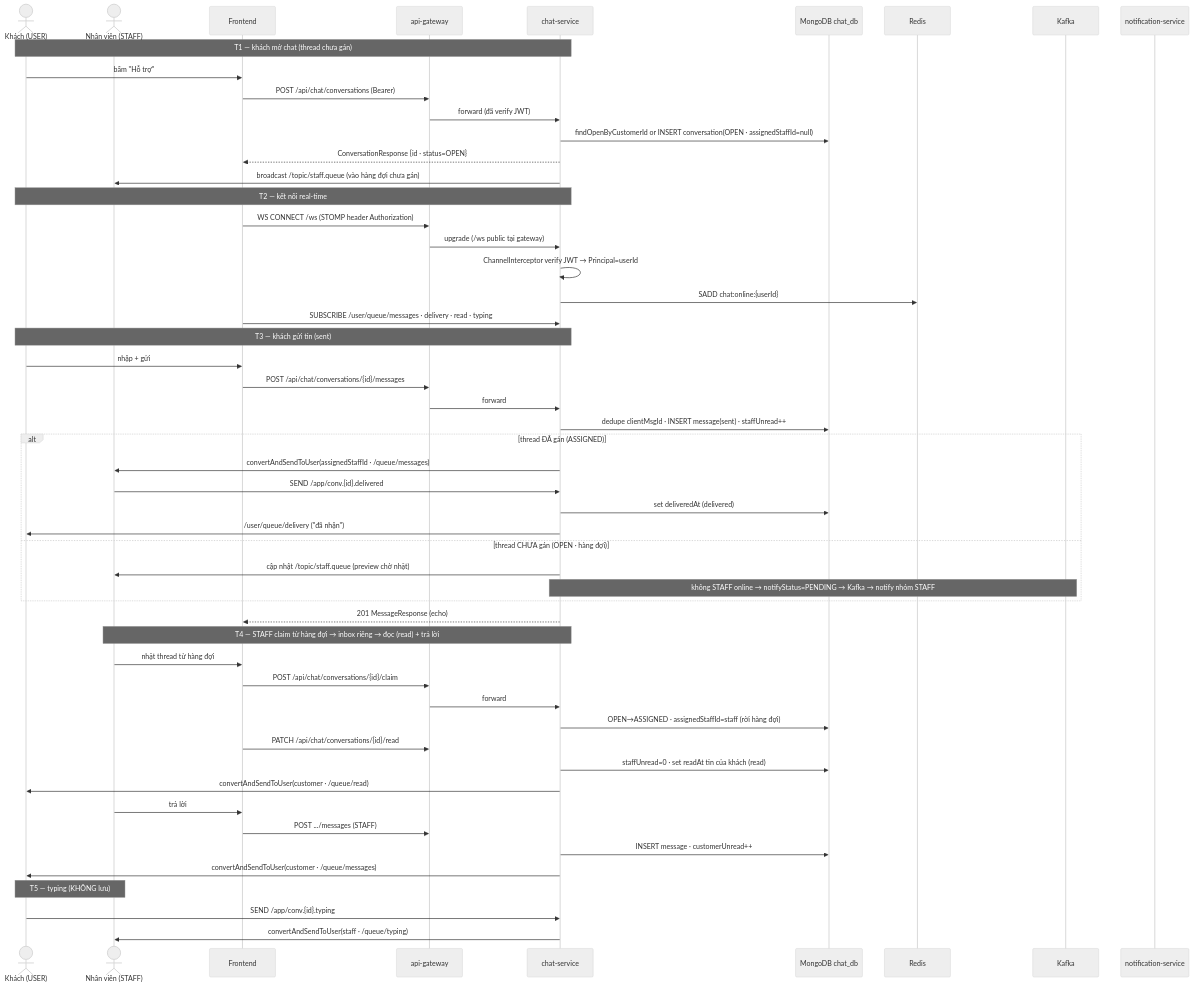
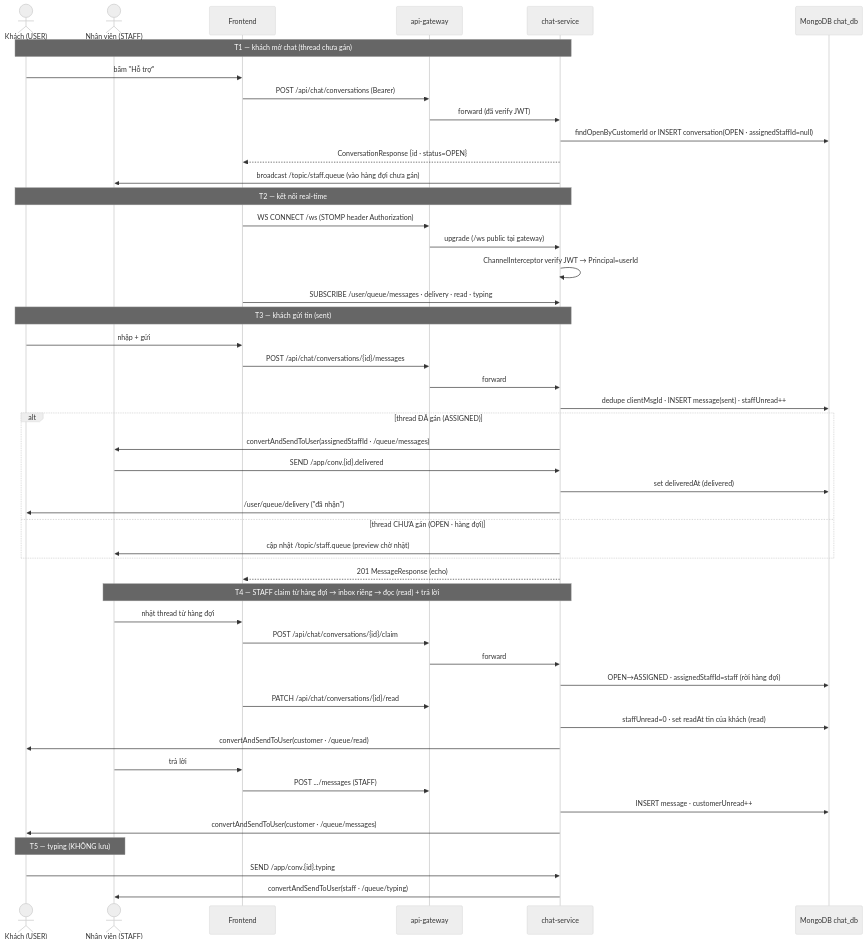
The sixth of 6 diagrams in UC_Chatting.md (phucgigital03/BadmintonHub), drawn with Mermaid (neutral theme) before and after one commit. The commit also changed other lines of this file and 4 other files, not shown here.

````diff
--- a/UC_Chatting.md
+++ b/UC_Chatting.md
@@ -347,66 +389,61 @@
 ```mermaid
 sequenceDiagram
     actor C as Khách (USER)
     actor S as Nhân viên (STAFF)
     participant FE as Frontend
     participant GW as api-gateway
     participant CH as chat-service
     participant DB as MongoDB chat_db
-    participant R as Redis
-    participant K as Kafka
-    participant NS as notification-service
 
     %% ===== T1 mở thread (UC-CHAT-01) =====
     Note over C,CH: T1 — khách mở chat (thread chưa gán)
     C->>FE: bấm "Hỗ trợ"
     FE->>GW: POST /api/chat/conversations (Bearer)
     GW->>CH: forward (đã verify JWT)
     CH->>DB: findOpenByCustomerId or INSERT conversation(OPEN · assignedStaffId=null)
     CH-->>FE: ConversationResponse {id · status=OPEN}
     CH->>S: broadcast /topic/staff.queue (vào hàng đợi chưa gán)
 
     %% ===== T2 kết nối WS (UC-CHAT-02) =====
     Note over C,CH: T2 — kết nối real-time
     FE->>GW: WS CONNECT /ws (STOMP header Authorization)
     GW->>CH: upgrade (/ws public tại gateway)
     CH->>CH: ChannelInterceptor verify JWT → Principal=userId
-    CH->>R: SADD chat:online:{userId}
     FE->>CH: SUBSCRIBE /user/queue/messages · delivery · read · typing
 
-    %% ===== T3 khách gửi (UC-CHAT-02 / UC-CHAT-05) =====
+    %% ===== T3 khách gửi (UC-CHAT-02) =====
     Note over C,CH: T3 — khách gửi tin (sent)
     C->>FE: nhập + gửi
     FE->>GW: POST /api/chat/conversations/{id}/messages
     GW->>CH: forward
     CH->>DB: dedupe clientMsgId · INSERT message(sent) · staffUnread++
 
     alt thread ĐÃ gán (ASSIGNED)
         CH->>S: convertAndSendToUser(assignedStaffId · /queue/messages)
         S->>CH: SEND /app/conv.{id}.delivered
         CH->>DB: set deliveredAt (delivered)
         CH->>C: /user/queue/delivery ("đã nhận")
     else thread CHƯA gán (OPEN · hàng đợi)
         CH->>S: cập nhật /topic/staff.queue (preview chờ nhặt)
-        Note over CH,K: không STAFF online → notifyStatus=PENDING → Kafka → notify nhóm STAFF
     end
     CH-->>FE: 201 MessageResponse (echo)
 
     %% ===== T4 STAFF claim + đọc + trả lời (UC-CHAT-03) =====
     Note over S,CH: T4 — STAFF claim từ hàng đợi → inbox riêng → đọc (read) + trả lời
     S->>FE: nhặt thread từ hàng đợi
     FE->>GW: POST /api/chat/conversations/{id}/claim
     GW->>CH: forward
     CH->>DB: OPEN→ASSIGNED · assignedStaffId=staff (rời hàng đợi)
     FE->>GW: PATCH /api/chat/conversations/{id}/read
     CH->>DB: staffUnread=0 · set readAt tin của khách (read)
     CH->>C: convertAndSendToUser(customer · /queue/read)
     S->>FE: trả lời
     FE->>GW: POST .../messages (STAFF)
     CH->>DB: INSERT message · customerUnread++
     CH->>C: convertAndSendToUser(customer · /queue/messages)
 
     %% ===== T5 typing (UC-CHAT-02) =====
     Note over C,S: T5 — typing (KHÔNG lưu)
     C->>CH: SEND /app/conv.{id}.typing
     CH->>S: convertAndSendToUser(staff · /queue/typing)
 ```
````
